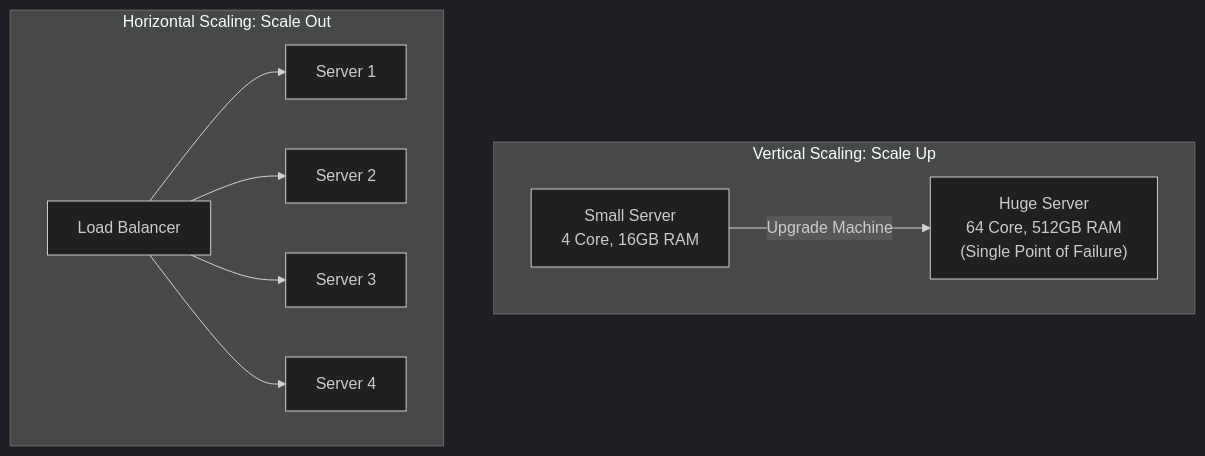
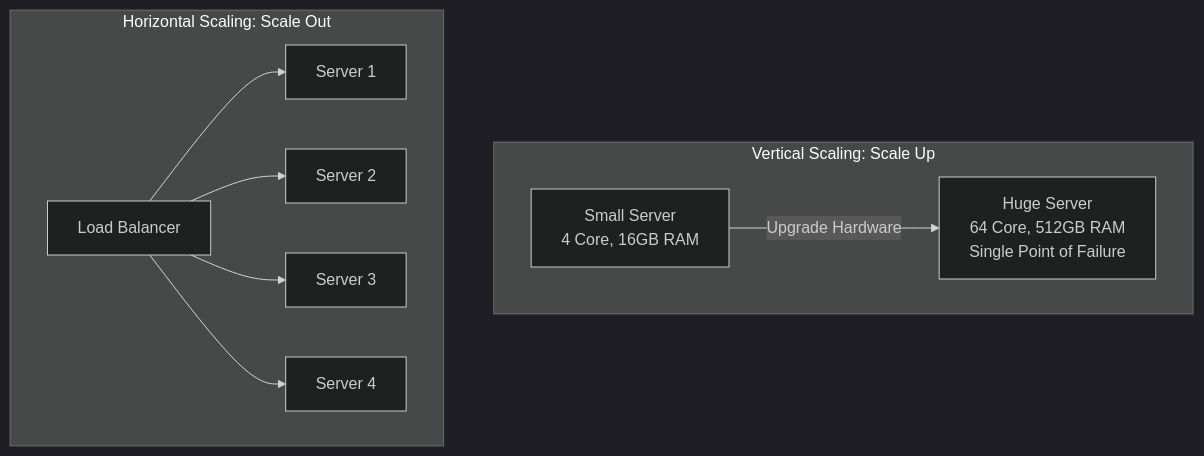
One commit to Sujalkathait/high-level-design changed the first of 4 diagrams in 01-fundamentals/scaling.md. Above: the diagram before and after it, drawn with Mermaid (dark theme). The commit also changed other lines of this file, not shown here.

Commit message:
fix: resolve Mermaid diagram syntax errors in scaling.md

````diff
--- a/01-fundamentals/scaling.md
+++ b/01-fundamentals/scaling.md
@@ -26,12 +28,12 @@
 ```mermaid
 flowchart TD
     subgraph Vert ["Vertical Scaling: Scale Up"]
-        Box1[" Small Server<br/>4 Core, 16GB RAM"] -->|Upgrade Machine| Box2[" Huge Server<br/>64 Core, 512GB RAM<br/>(Single Point of Failure)"]
+        Box1["Small Server<br/>4 Core, 16GB RAM"] -->|Upgrade Hardware| Box2["Huge Server<br/>64 Core, 512GB RAM<br/>Single Point of Failure"]
     end
     subgraph Horiz ["Horizontal Scaling: Scale Out"]
-        LB[Load Balancer] --> S1[Server 1]
-        LB --> S2[Server 2]
-        LB --> S3[Server 3]
-        LB --> S4[Server 4]
+        LB["Load Balancer"] --> S1["Server 1"]
+        LB --> S2["Server 2"]
+        LB --> S3["Server 3"]
+        LB --> S4["Server 4"]
     end
 ```
````
